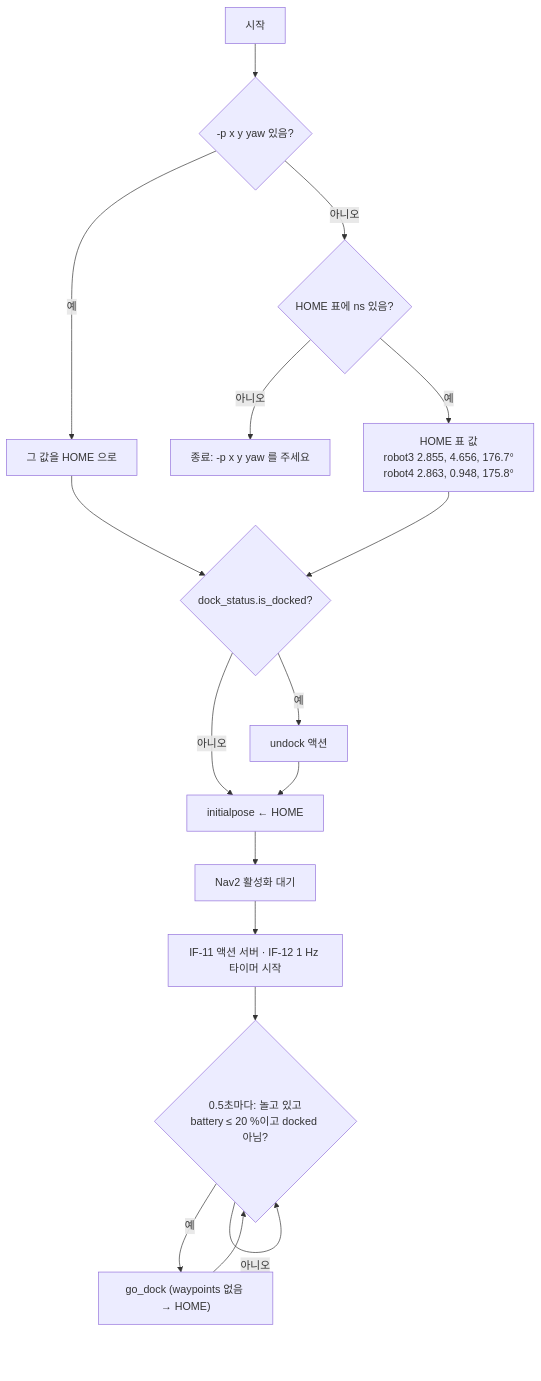
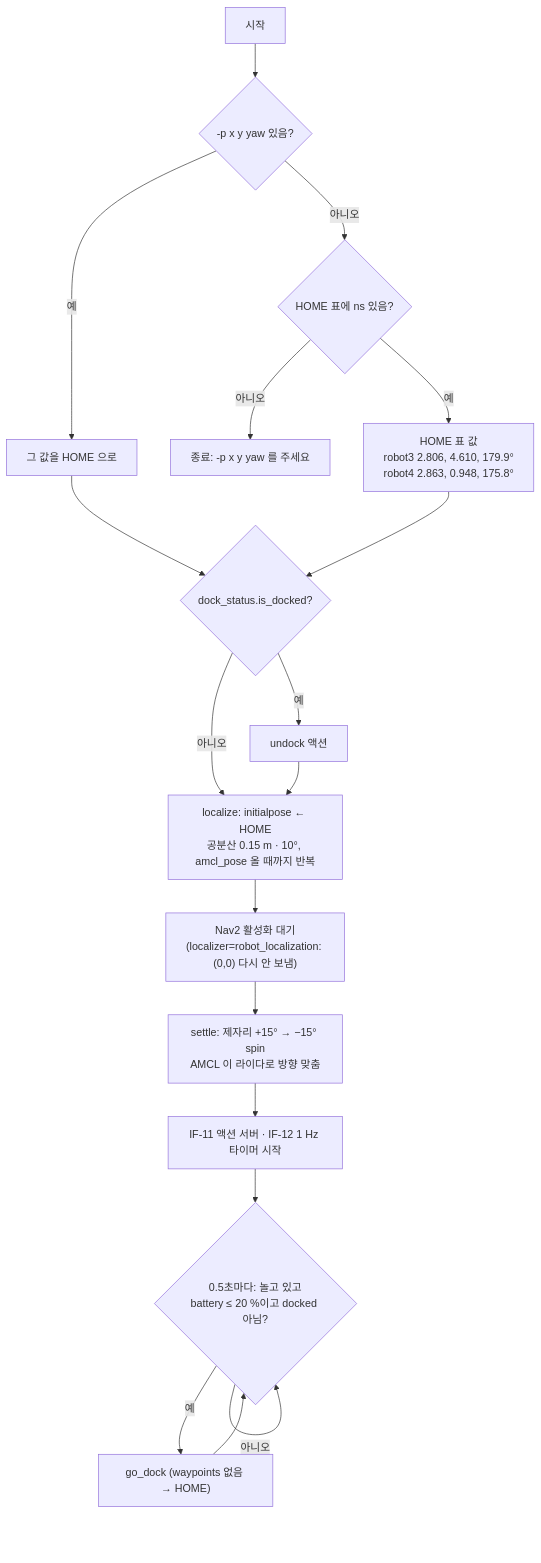
Before and after one commit to HJAE99/B_0102_Final_Project-archive: the second of 5 diagrams in docs/driving/mission_executor_flow.md, drawn with Mermaid. The commit also changed other lines of this file, not shown here.

Commit message:
docs: mission_executor 흐름도를 fd23581 기준으로 갱신 (localize·settle, robot3 HOME, DOCK_BACKOFF)

````diff
--- a/docs/driving/mission_executor_flow.md
+++ b/docs/driving/mission_executor_flow.md
@@ -55,19 +55,20 @@
 ```mermaid
 flowchart TD
     A["시작"] --> B{"-p x y yaw 있음?"}
     B -- 예 --> D["그 값을 HOME 으로"]
     B -- 아니오 --> C{"HOME 표에 ns 있음?"}
     C -- 아니오 --> X["종료: -p x y yaw 를 주세요"]
-    C -- 예 --> D2["HOME 표 값<br/>robot3 2.855, 4.656, 176.7°<br/>robot4 2.863, 0.948, 175.8°"]
+    C -- 예 --> D2["HOME 표 값<br/>robot3 2.806, 4.610, 179.9°<br/>robot4 2.863, 0.948, 175.8°"]
     D --> E{"dock_status.is_docked?"}
     D2 --> E
     E -- 예 --> F["undock 액션"]
     E -- 아니오 --> G
-    F --> G["initialpose ← HOME"]
-    G --> H["Nav2 활성화 대기"]
-    H --> I["IF-11 액션 서버 · IF-12 1 Hz 타이머 시작"]
+    F --> G["localize: initialpose ← HOME<br/>공분산 0.15 m · 10°, amcl_pose 올 때까지 반복"]
+    G --> H["Nav2 활성화 대기<br/>(localizer=robot_localization: (0,0) 다시 안 보냄)"]
+    H --> H2["settle: 제자리 +15° → −15° spin<br/>AMCL 이 라이다로 방향 맞춤"]
+    H2 --> I["IF-11 액션 서버 · IF-12 1 Hz 타이머 시작"]
     I --> J{"0.5초마다: 놀고 있고<br/>battery ≤ 20 %이고 docked 아님?"}
     J -- 예 --> K["go_dock (waypoints 없음 → HOME)"]
     K --> J
     J -- 아니오 --> J
 ```
````
